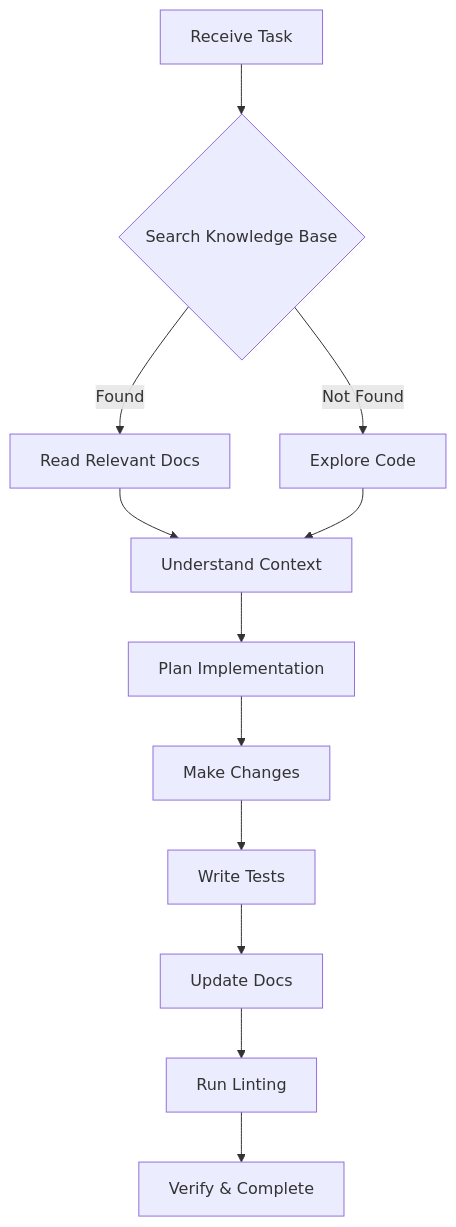
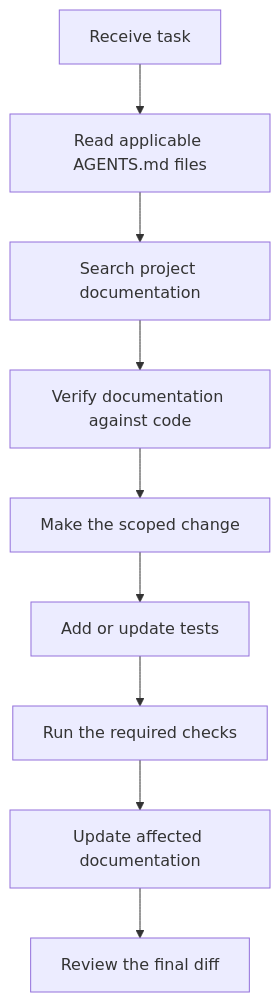
Before and after one commit to EraPartner/Watchman: the diagram in docs/guides/ai-agent-workflow.md, drawn with Mermaid. The commit also changed other lines of this file and 18 other files, not shown here.

Commit message:
chore(agents): centralize model-neutral project guidance

````diff
--- a/docs/guides/ai-agent-workflow.md
+++ b/docs/guides/ai-agent-workflow.md
@@ -18,14 +31,11 @@
 ```mermaid
 graph TD
-    A[Receive Task] --> B{Search Knowledge Base}
-    B -->|Found| C[Read Relevant Docs]
-    B -->|Not Found| D[Explore Code]
-    C --> E[Understand Context]
-    D --> E
-    E --> F[Plan Implementation]
-    F --> G[Make Changes]
-    G --> H[Write Tests]
-    H --> I[Update Docs]
-    I --> J[Run Linting]
-    J --> K[Verify & Complete]
+    A[Receive task] --> B[Read applicable AGENTS.md files]
+    B --> C[Search project documentation]
+    C --> D[Verify documentation against code]
+    D --> E[Make the scoped change]
+    E --> F[Add or update tests]
+    F --> G[Run the required checks]
+    G --> H[Update affected documentation]
+    H --> I[Review the final diff]
 ```
````
